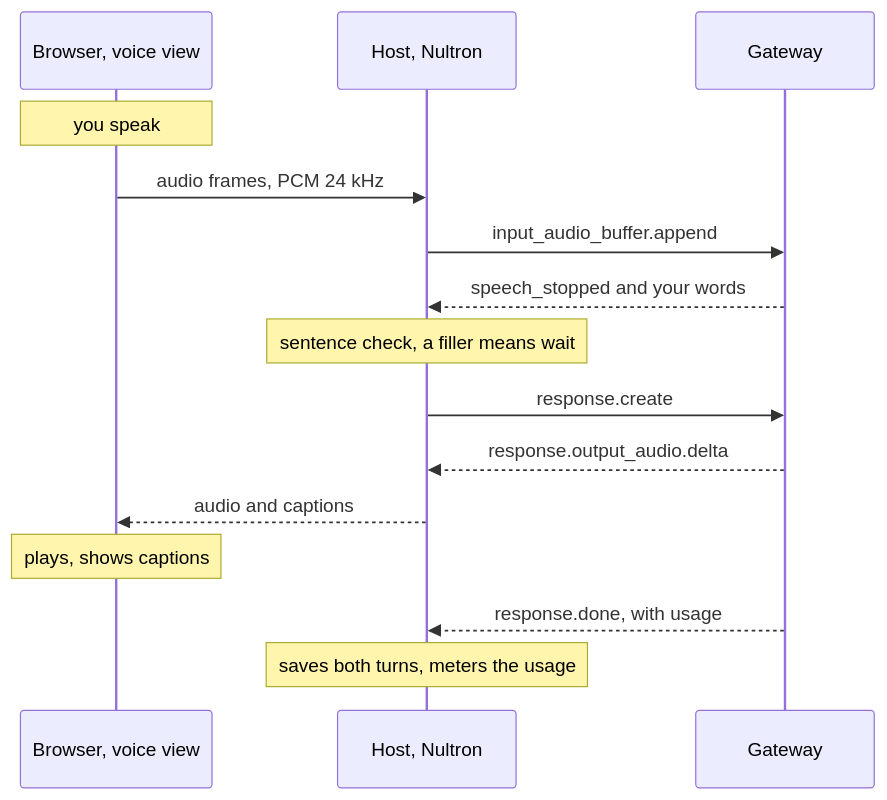
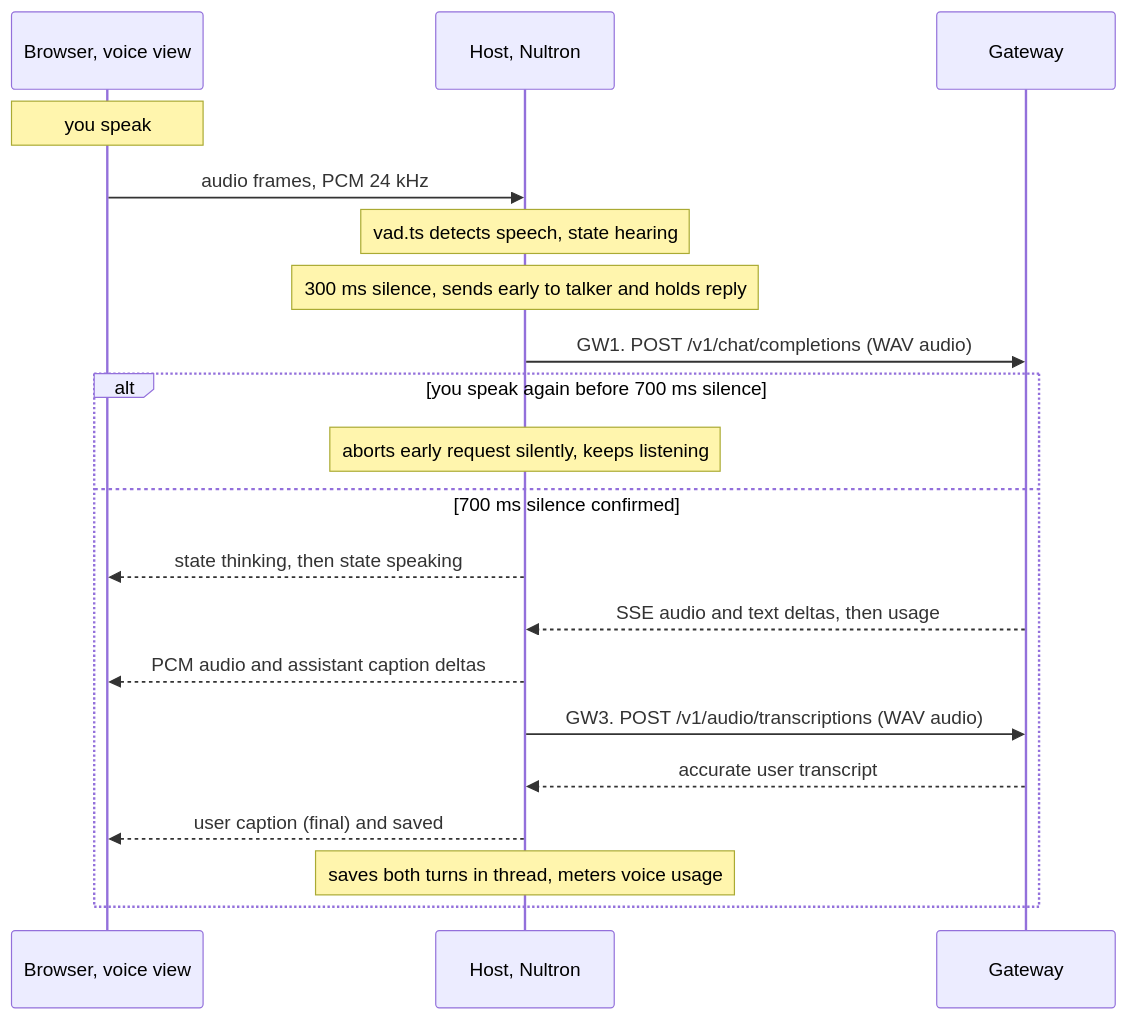
Before and after one commit to Kyoo032/Nultron: the third of 9 diagrams in docs/internal/voice-mode-plan.md, drawn with Mermaid. The commit also changed other lines of this file, not shown here.

First line of the commit message:
docs(voice): the plan after Day 0, an HTTP talker

````diff
--- a/docs/internal/voice-mode-plan.md
+++ b/docs/internal/voice-mode-plan.md
@@ -197,17 +246,22 @@
 ```mermaid
 sequenceDiagram
   participant B as Browser, voice view
   participant H as Host, Nultron
   participant G as Gateway
   Note over B: you speak
   B->>H: audio frames, PCM 24 kHz
-  H->>G: input_audio_buffer.append
-  G-->>H: speech_stopped and your words
-  Note over H: sentence check, a filler means wait
-  H->>G: response.create
-  G-->>H: response.output_audio.delta
-  H-->>B: audio and captions
-  Note over B: plays, shows captions
-  G-->>H: response.done, with usage
-  Note over H: saves both turns, meters the usage
+  Note over H: vad.ts detects speech, state hearing
+  Note over H: 300 ms silence, sends early to talker and holds reply
+  H->>G: GW1. POST /v1/chat/completions (WAV audio)
+  alt you speak again before 700 ms silence
+    Note over H: aborts early request silently, keeps listening
+  else 700 ms silence confirmed
+    H-->>B: state thinking, then state speaking
+    G-->>H: SSE audio and text deltas, then usage
+    H-->>B: PCM audio and assistant caption deltas
+    H->>G: GW3. POST /v1/audio/transcriptions (WAV audio)
+    G-->>H: accurate user transcript
+    H-->>B: user caption (final) and saved
+    Note over H: saves both turns in thread, meters voice usage
+  end
 ```
````
